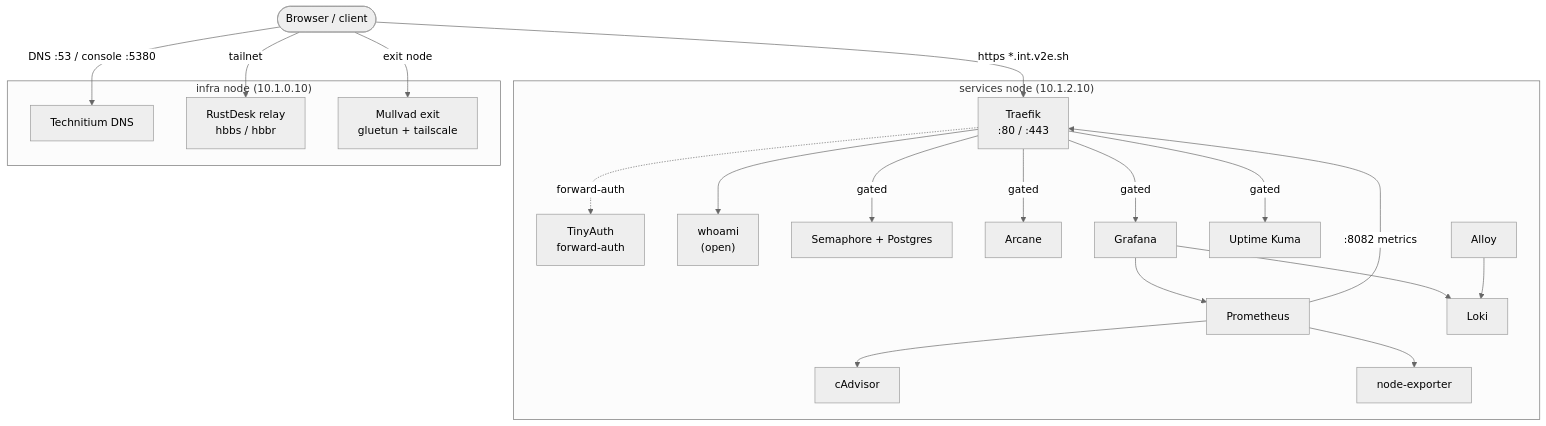
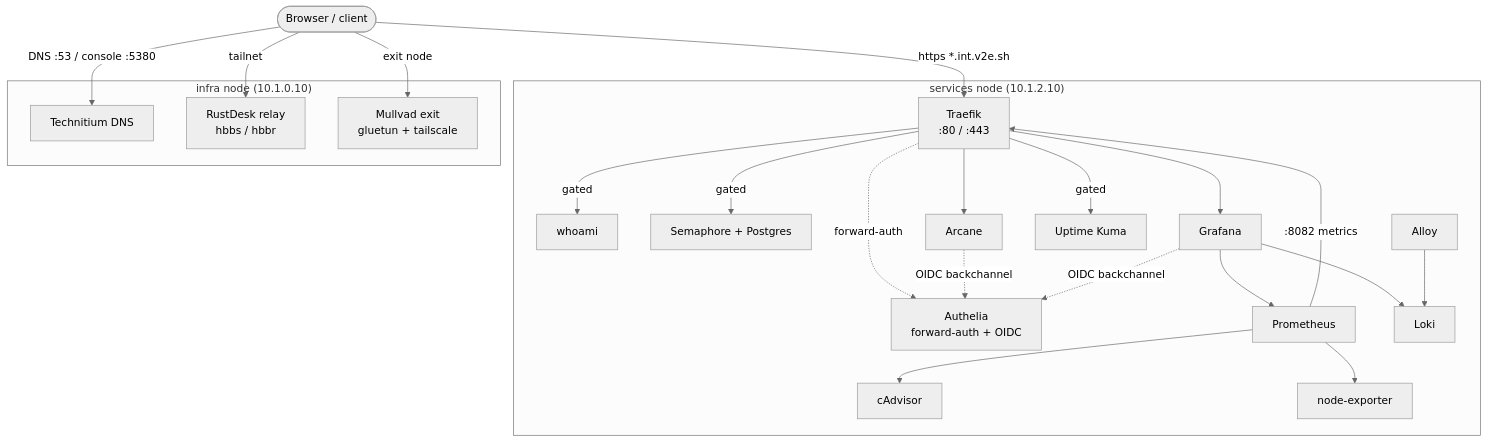
The first of 2 diagrams in docs/system/applications.md (v2e-sh/v2e-docs), drawn with Mermaid (neutral theme) before and after one commit. The commit also changed other lines of this file and 5 other files, not shown here.

````diff
--- a/docs/system/applications.md
+++ b/docs/system/applications.md
@@ -51,44 +54,46 @@
 ```mermaid
 flowchart TD
     user([Browser / client])
 
     subgraph services["services node (10.1.2.10)"]
         traefik["Traefik<br/>:80 / :443"]
-        tinyauth["TinyAuth<br/>forward-auth"]
-        whoami["whoami<br/>(open)"]
+        authelia["Authelia<br/>forward-auth + OIDC"]
+        whoami["whoami"]
         semaphore["Semaphore + Postgres"]
         arcane["Arcane"]
         grafana["Grafana"]
         uptime["Uptime Kuma"]
         prom["Prometheus"]
         loki["Loki"]
         alloy["Alloy"]
         cadvisor["cAdvisor"]
         nodeexp["node-exporter"]
     end
 
     subgraph infra["infra node (10.1.0.10)"]
         technitium["Technitium DNS"]
         rustdesk["RustDesk relay<br/>hbbs / hbbr"]
         mullvad["Mullvad exit<br/>gluetun + tailscale"]
     end
 
     user -->|https *.int.v2e.sh| traefik
-    traefik -.->|forward-auth| tinyauth
-    traefik --> whoami
+    traefik -.->|forward-auth| authelia
+    traefik -->|gated| whoami
     traefik -->|gated| semaphore
-    traefik -->|gated| arcane
-    traefik -->|gated| grafana
+    traefik --> arcane
+    traefik --> grafana
     traefik -->|gated| uptime
+    arcane -.->|OIDC backchannel| authelia
+    grafana -.->|OIDC backchannel| authelia
 
     grafana --> prom
     grafana --> loki
     prom --> cadvisor
     prom --> nodeexp
     prom -->|:8082 metrics| traefik
     alloy --> loki
 
     user -->|DNS :53 / console :5380| technitium
     user -->|tailnet| rustdesk
     user -->|exit node| mullvad
 ```
````
